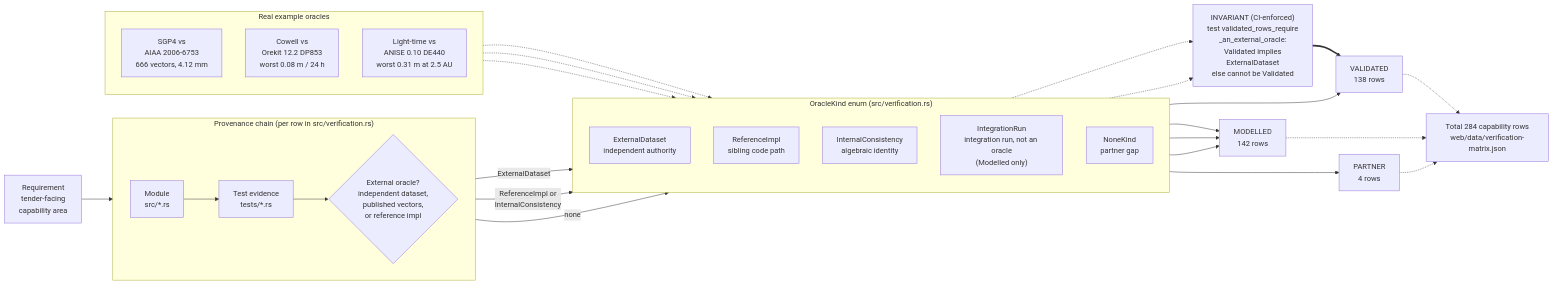
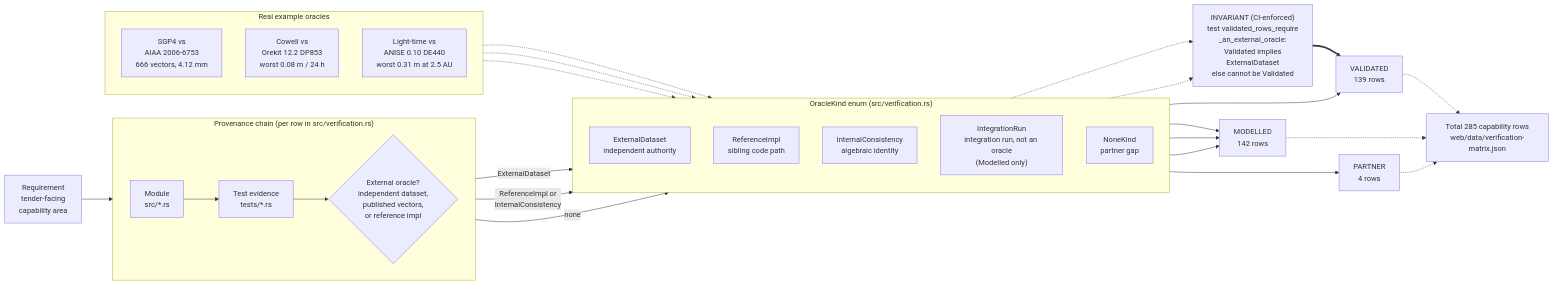
Before and after one commit to ashfordeOU/kshana: the diagram in docs/diagrams/validation-provenance.mmd, drawn with Mermaid. The commit also changed 29 other files, not shown here.

```diff
--- a/docs/diagrams/validation-provenance.mmd
+++ b/docs/diagrams/validation-provenance.mmd
@@ -1,51 +1,51 @@
 flowchart LR
     REQ["Requirement<br/>tender-facing<br/>capability area"]
 
     subgraph CHAIN["Provenance chain (per row in src/verification.rs)"]
         direction LR
         MOD["Module<br/>src/*.rs"]
         TST["Test evidence<br/>tests/*.rs"]
         ORA{"External oracle?<br/>independent dataset,<br/>published vectors,<br/>or reference impl"}
     end
 
     REQ --> MOD --> TST --> ORA
 
     subgraph KINDS["OracleKind enum (src/verification.rs)"]
         direction TD
         EXT["ExternalDataset<br/>independent authority"]
         REF["ReferenceImpl<br/>sibling code path"]
         INT["InternalConsistency<br/>algebraic identity"]
         IRN["IntegrationRun<br/>integration run, not an oracle<br/>(Modelled only)"]
         NON["NoneKind<br/>partner gap"]
     end
 
     ORA -->|ExternalDataset| EXT
     ORA -->|"ReferenceImpl or<br/>InternalConsistency"| INT
     ORA -->|none| NON
 
     GUARD["INVARIANT (CI-enforced)<br/>test validated_rows_require<br/>_an_external_oracle:<br/>Validated implies<br/>ExternalDataset<br/>else cannot be Validated"]
     EXT -.-> GUARD
     INT -.-> GUARD
 
-    EXT --> VAL["VALIDATED<br/>138 rows"]
+    EXT --> VAL["VALIDATED<br/>139 rows"]
     REF --> MDL["MODELLED<br/>142 rows"]
     INT --> MDL
     IRN --> MDL
     NON --> PRT["PARTNER<br/>4 rows"]
     GUARD ==> VAL
 
     subgraph EX["Real example oracles"]
         direction TD
         E1["SGP4 vs<br/>AIAA 2006-6753<br/>666 vectors, 4.12 mm"]
         E2["Cowell vs<br/>Orekit 12.2 DP853<br/>worst 0.08 m / 24 h"]
         E3["Light-time vs<br/>ANISE 0.10 DE440<br/>worst 0.31 m at 2.5 AU"]
     end
 
     E1 -.-> EXT
     E2 -.-> EXT
     E3 -.-> EXT
 
-    TOTAL["Total 284 capability rows<br/>web/data/verification-matrix.json"]
+    TOTAL["Total 285 capability rows<br/>web/data/verification-matrix.json"]
     VAL -.-> TOTAL
     MDL -.-> TOTAL
     PRT -.-> TOTAL
```
